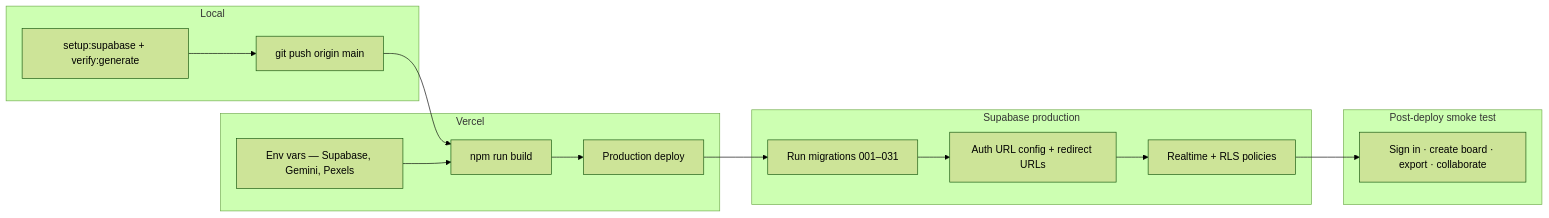
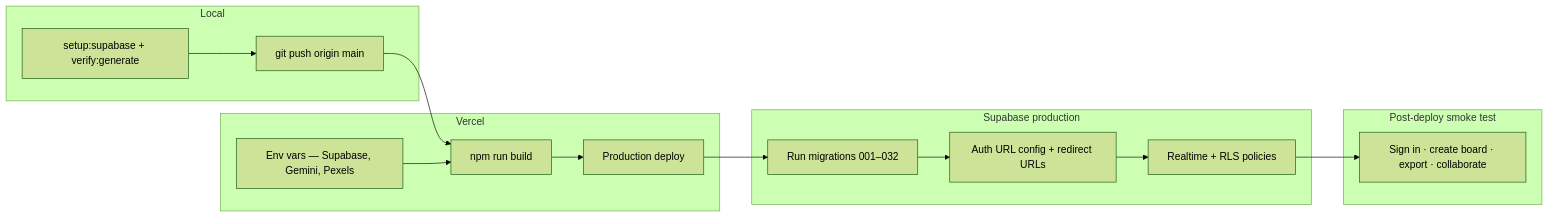
One commit to NehangPatel23/Moodboard-AI changed the diagram in docs/DEPLOY.md. Above: the diagram before and after it, drawn with Mermaid (forest theme). The commit also changed other lines of this file and 19 other files, not shown here.

````diff
--- a/docs/DEPLOY.md
+++ b/docs/DEPLOY.md
@@ -11,32 +11,32 @@
 ```mermaid
 flowchart LR
   subgraph local ["Local"]
     test["setup:supabase + verify:generate"]
     push["git push origin main"]
   end
 
   subgraph vercel ["Vercel"]
     build["npm run build"]
     env["Env vars — Supabase, Gemini, Pexels"]
     deploy["Production deploy"]
   end
 
   subgraph supabase ["Supabase production"]
-    mig["Run migrations 001–031"]
+    mig["Run migrations 001–032"]
     urls["Auth URL config + redirect URLs"]
     rt["Realtime + RLS policies"]
   end
 
   subgraph verify ["Post-deploy smoke test"]
     smoke["Sign in · create board · export · collaborate"]
   end
 
   test --> push
   push --> build
   env --> build
   build --> deploy
   deploy --> mig
   mig --> urls
   urls --> rt
   rt --> smoke
 ```
````
